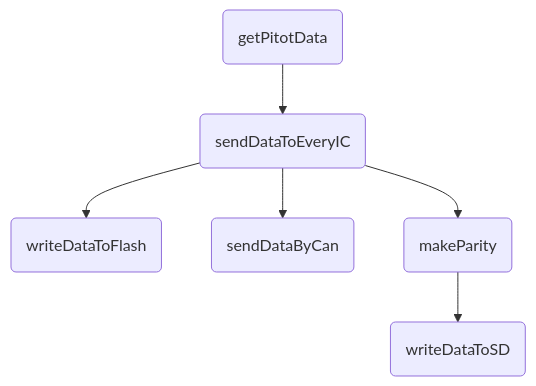
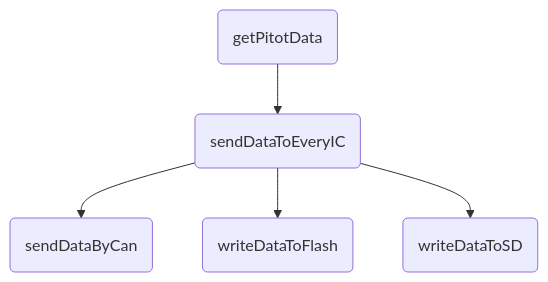
One commit to CREATE-ROCKET/Avi_89J_Pitot_log changed the diagram in README.md. Above: the diagram before and after it, drawn with Mermaid. The commit also changed other lines of this file and 18 other files, not shown here.

````diff
--- a/README.md
+++ b/README.md
@@ -14,14 +14,12 @@
 ```mermaid
 flowchart TB
   node_1("getPitotData")
   node_2("sendDataToEveryIC")
   node_3("writeDataToFlash")
   node_4("sendDataByCan")
-  node_5("makeParity")
   node_6("writeDataToSD")
   node_2 --> node_4
   node_2 --> node_3
   node_1 --> node_2
-  node_2 --> node_5
-  node_5 --> node_6
+  node_2 --> node_6
 ```
````
